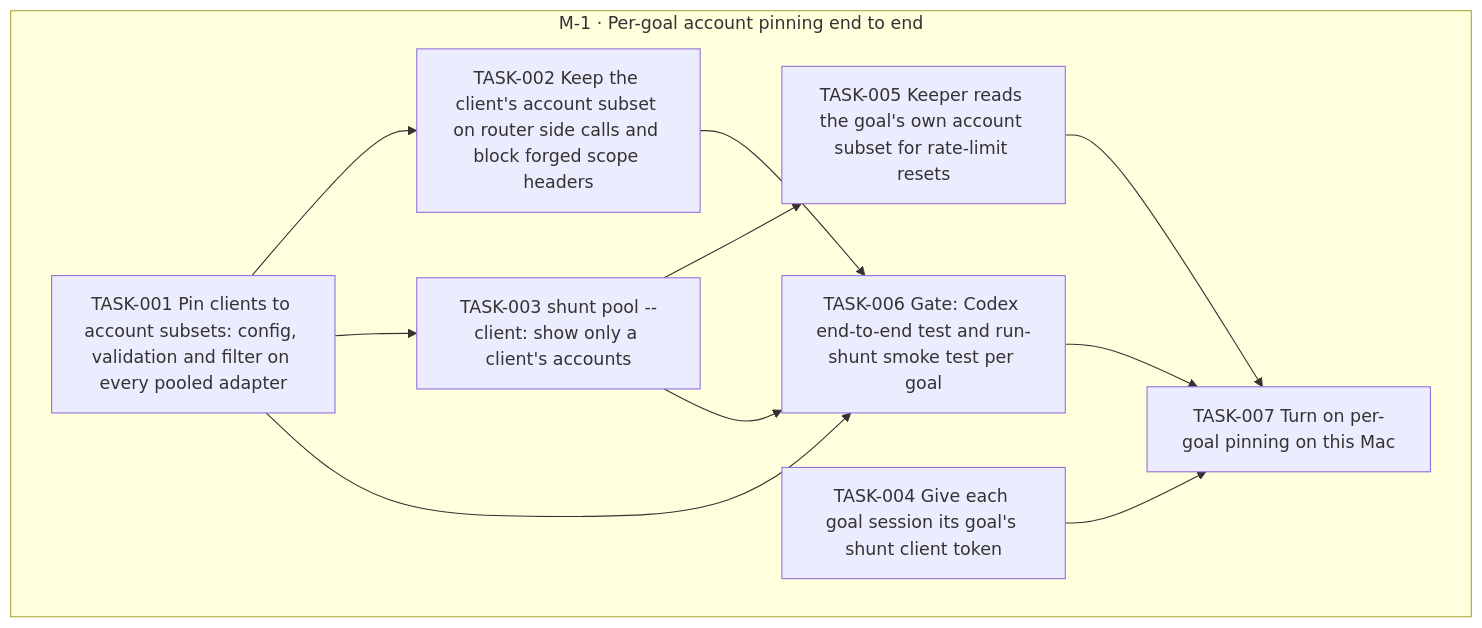
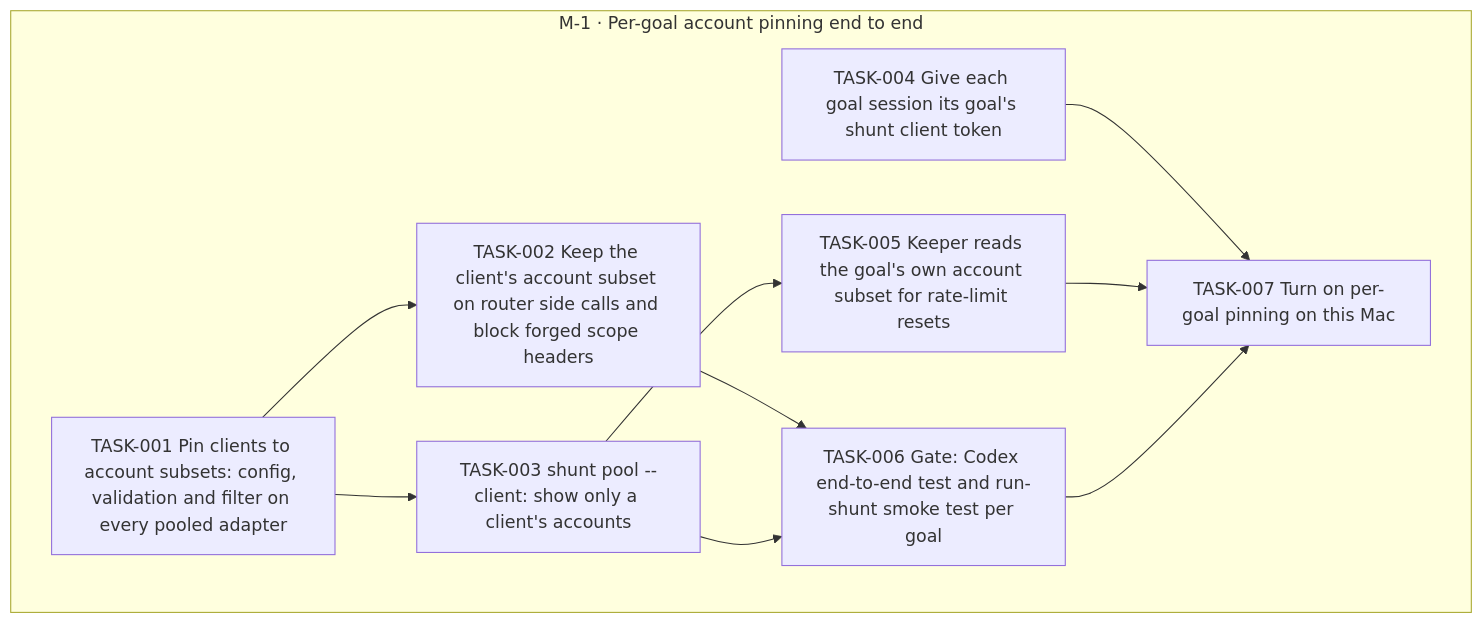
Before and after one commit to jesusvillota/shunt: the diagram in goals/account-pinning/README.md, drawn with Mermaid. The commit also changed 1 other file, not shown here.

Commit message:
goal(account-pinning): unlink TASK-006 after TASK-001

````diff
--- a/goals/account-pinning/README.md
+++ b/goals/account-pinning/README.md
@@ -37,24 +37,23 @@
 ```mermaid
 flowchart TD
   subgraph M_1["M-1 · Per-goal account pinning end to end"]
     TASK_001["TASK-001 Pin clients to account subsets: config, validation and filter on every pooled adapter"]
     TASK_002["TASK-002 Keep the client's account subset on router side calls and block forged scope headers"]
     TASK_003["TASK-003 shunt pool --client: show only a client's accounts"]
     TASK_004["TASK-004 Give each goal session its goal's shunt client token"]
     TASK_005["TASK-005 Keeper reads the goal's own account subset for rate-limit resets"]
     TASK_006["TASK-006 Gate: Codex end-to-end test and run-shunt smoke test per goal"]
     TASK_007["TASK-007 Turn on per-goal pinning on this Mac"]
   end
   TASK_001 --> TASK_002
   TASK_001 --> TASK_003
   TASK_003 --> TASK_005
-  TASK_001 --> TASK_006
   TASK_002 --> TASK_006
   TASK_003 --> TASK_006
   TASK_004 --> TASK_007
   TASK_005 --> TASK_007
   TASK_006 --> TASK_007
   classDef draft stroke-dasharray: 4 3
   classDef cancelled opacity:0.45
   classDef decision fill:#f3e8ff,stroke:#7c3aed
 ```
````
